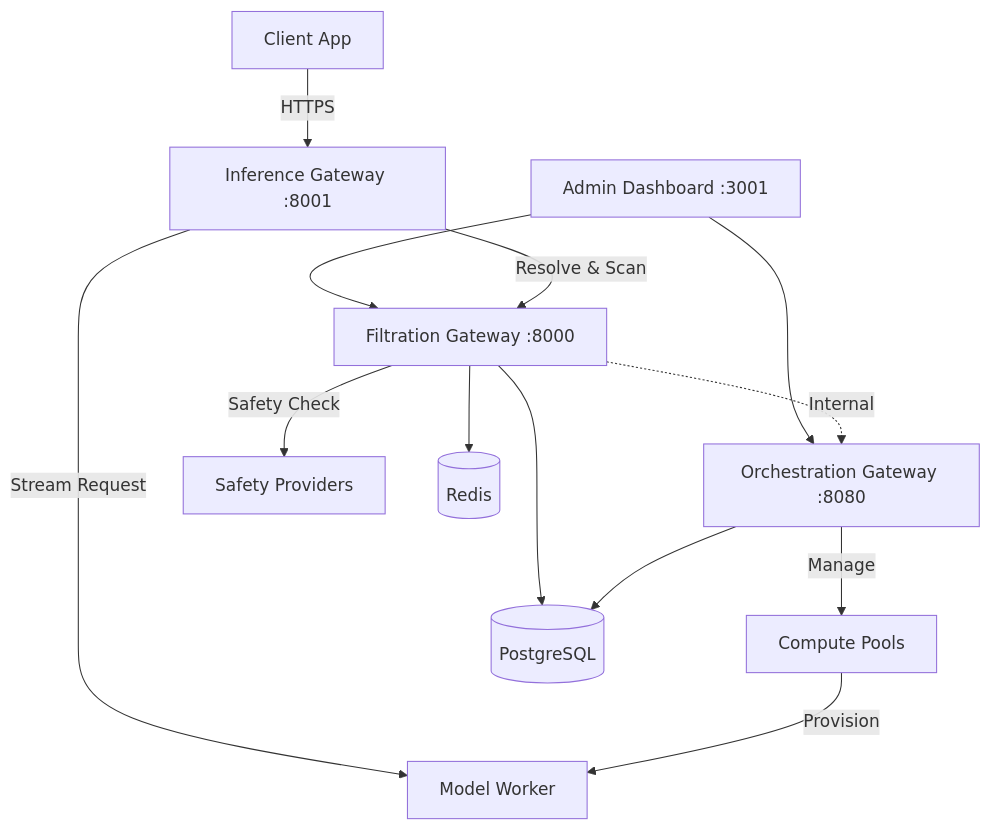
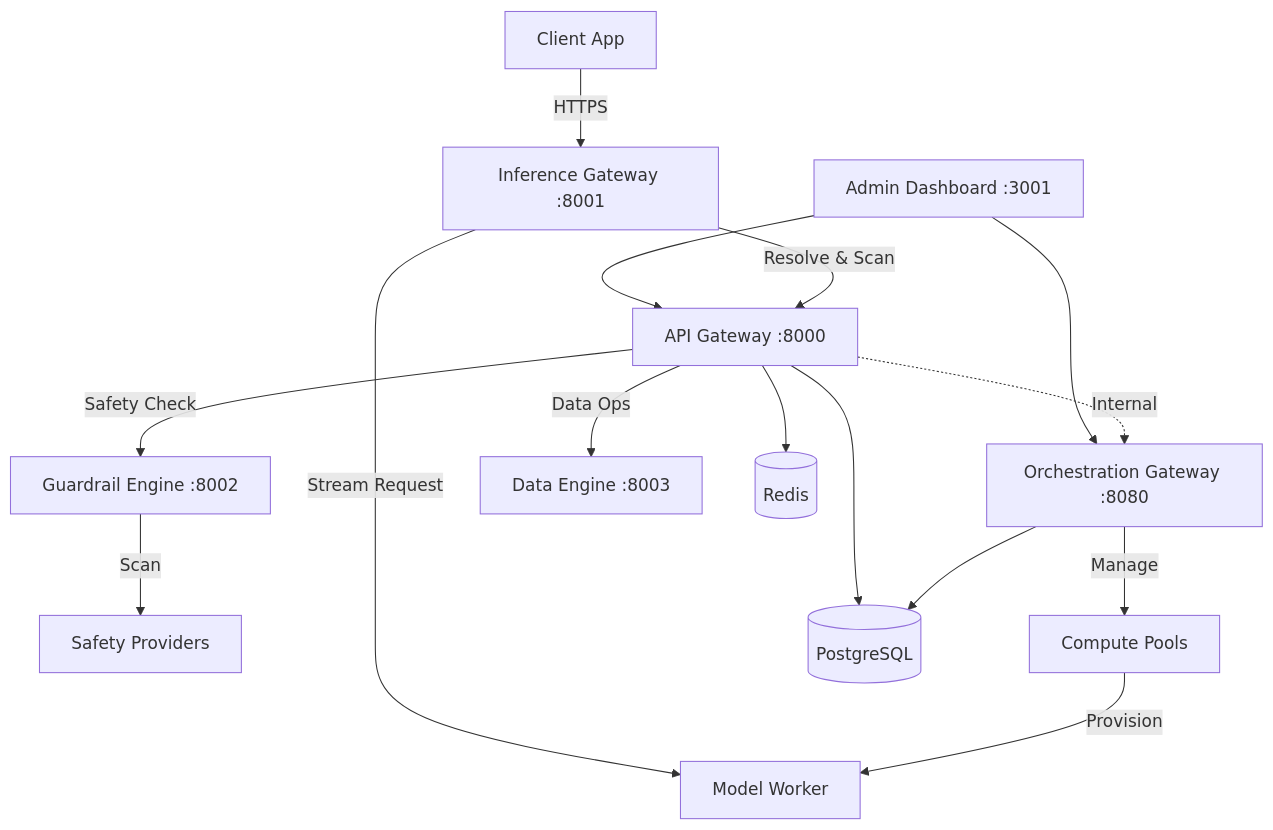
One commit to InferiaAI/website changed the diagram in docs/content/docs/developer/architecture.mdx. Above: the diagram before and after it, drawn with Mermaid. The commit also changed other lines of this file and 22 other files, not shown here.

````diff
--- a/docs/content/docs/developer/architecture.mdx
+++ b/docs/content/docs/developer/architecture.mdx
@@ -13,18 +13,20 @@
 ```mermaid
 graph TD
     Client[Client App] -->|HTTPS| IG[Inference Gateway :8001]
-    Dashboard[Admin Dashboard :3001] --> FG
+    Dashboard[Admin Dashboard :3001] --> AG
     Dashboard --> OG
-    
-    IG -->|Resolve & Scan| FG[Filtration Gateway :8000]
-    FG -.->|Internal| OG[Orchestration Gateway :8080]
+
+    IG -->|Resolve & Scan| AG[API Gateway :8000]
+    AG -.->|Internal| OG[Orchestration Gateway :8080]
+    AG -->|Safety Check| GE[Guardrail Engine :8002]
     IG -->|Stream Request| Worker[Model Worker]
 
-    FG -->|Safety Check| Providers[Safety Providers]
+    GE -->|Scan| Providers[Safety Providers]
     OG -->|Manage| Pool[Compute Pools]
     Pool -->|Provision| Worker
-    
-    FG --> DB[(PostgreSQL)]
-    FG --> Redis[(Redis)]
+    AG -->|Data Ops| DE[Data Engine :8003]
+
+    AG --> DB[(PostgreSQL)]
+    AG --> Redis[(Redis)]
     OG --> DB
 ```
````
